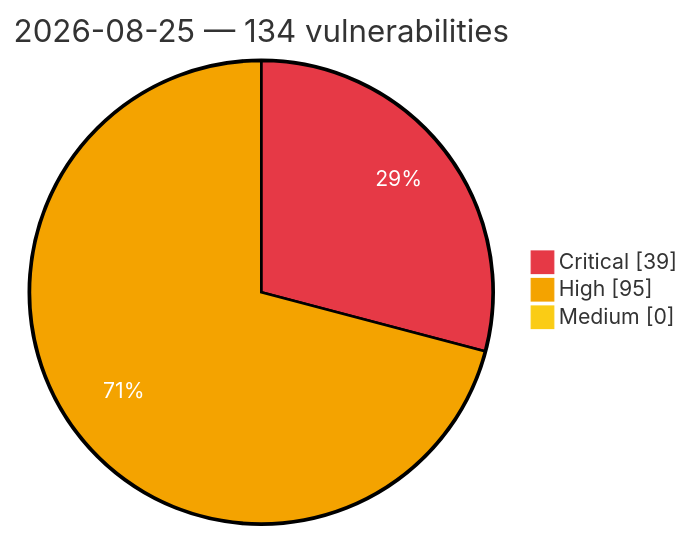
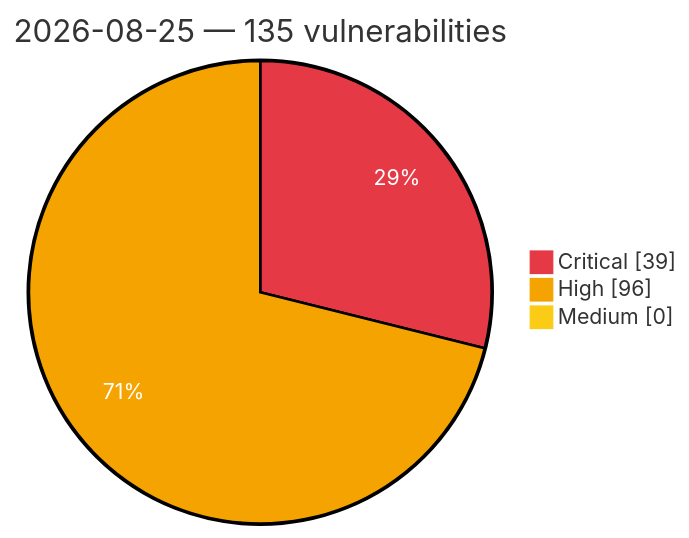
The diagram in vulnerabilities/2026/August/2026-08-25.md (GhostX0X/vuln-tracker), drawn with Mermaid before and after one commit. The commit also changed other lines of this file and 5 other files, not shown here.

````diff
--- a/vulnerabilities/2026/August/2026-08-25.md
+++ b/vulnerabilities/2026/August/2026-08-25.md
@@ -3,8 +3,8 @@
 ```mermaid
 %%{init: {'theme':'base', 'themeVariables': {'pie1':'#e63946', 'pie2':'#f4a300', 'pie3':'#facc15', 'pieOpacity':'1', 'pieOuterStrokeWidth':'2px', 'pieSectionTextColor':'#ffffff'}}}%%
 pie showData
-    title 2026-08-25 — 134 vulnerabilities
+    title 2026-08-25 — 135 vulnerabilities
     "Critical" : 39
-    "High" : 95
+    "High" : 96
     "Medium" : 0
 ```
````
